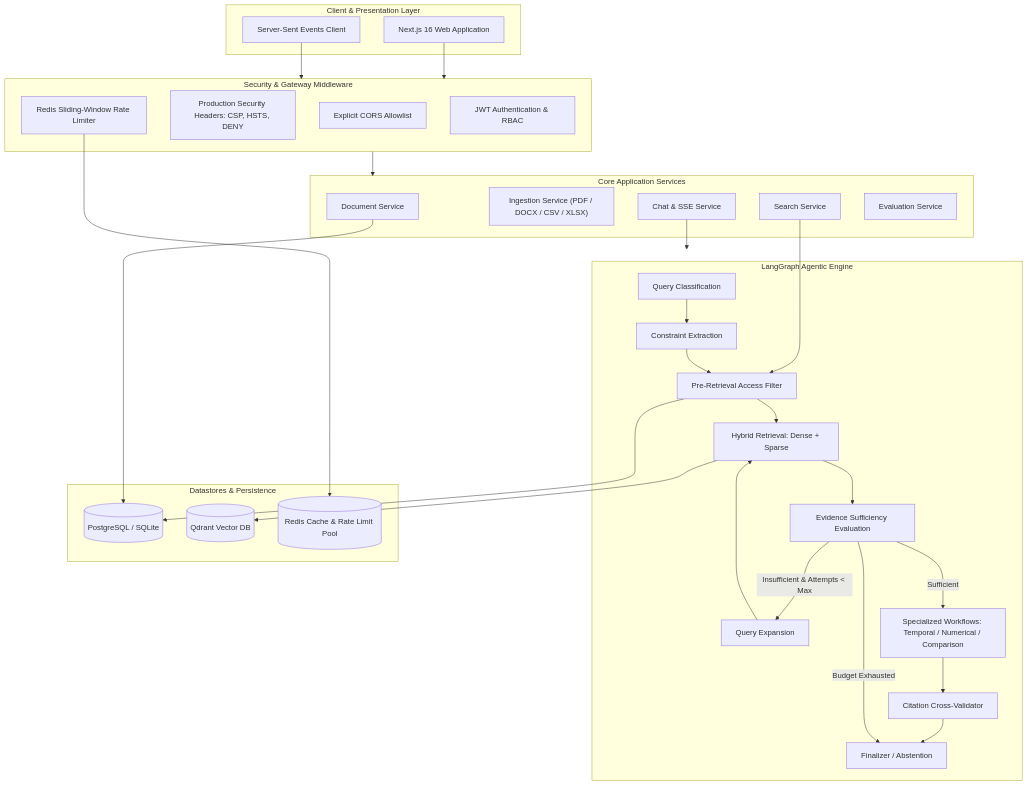
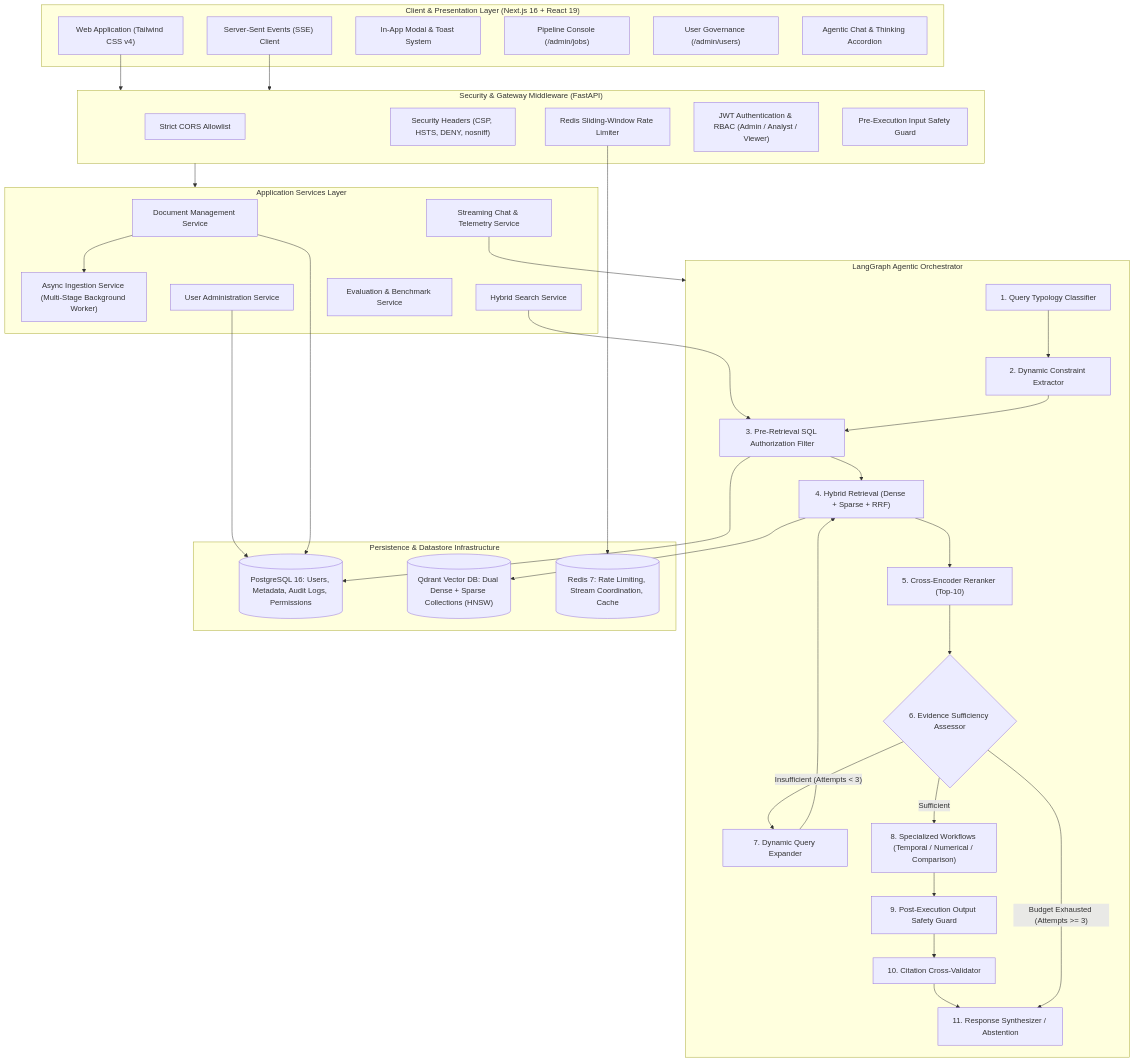
Before and after one commit to ahmadXplore/Enterprise-RAG: the diagram in README.md, drawn with Mermaid. The commit also changed other lines of this file and 65 other files, not shown here.

Commit message:
Add admin, security, and chat enhancements

````diff
--- a/README.md
+++ b/README.md
@@ -120,57 +179,67 @@
 ```mermaid
 flowchart TD
-    subgraph Client ["Client & Presentation Layer"]
-        WebUI["Next.js 16 Web Application"]
-        SSEStream["Server-Sent Events Client"]
+    subgraph ClientLayer ["Client & Presentation Layer (Next.js 16 + React 19)"]
+        WebUI["Web Application (Tailwind CSS v4)"]
+        SSEStream["Server-Sent Events (SSE) Client"]
+        ModalSys["In-App Modal & Toast System"]
+        AdminJobs["Pipeline Console (/admin/jobs)"]
+        AdminUsers["User Governance (/admin/users)"]
+        ChatUI["Agentic Chat & Thinking Accordion"]
     end
 
-    subgraph SecurityGateway ["Security & Gateway Middleware"]
-        CORS["Explicit CORS Allowlist"]
-        SecHeaders["Production Security Headers: CSP, HSTS, DENY"]
-        RateLimit["Redis Sliding-Window Rate Limiter"]
-        AuthGuard["JWT Authentication & RBAC"]
+    subgraph SecurityGateway ["Security & Gateway Middleware (FastAPI)"]
+        CORS["Strict CORS Allowlist"]
+        SecHeaders["Security Headers (CSP, HSTS, DENY, nosniff)"]
+        RateLimiter["Redis Sliding-Window Rate Limiter"]
+        AuthGuard["JWT Authentication & RBAC (Admin / Analyst / Viewer)"]
+        InputGuard["Pre-Execution Input Safety Guard"]
     end
 
-    subgraph AppServices ["Core Application Services"]
-        DocService["Document Service"]
-        IngestService["Ingestion Service (PDF / DOCX / CSV / XLSX)"]
-        SearchService["Search Service"]
-        ChatService["Chat & SSE Service"]
-        EvalService["Evaluation Service"]
+    subgraph AppServices ["Application Services Layer"]
+        DocService["Document Management Service"]
+        IngestService["Async Ingestion Service (Multi-Stage Background Worker)"]
+        UserService["User Administration Service"]
+        SearchService["Hybrid Search Service"]
+        ChatService["Streaming Chat & Telemetry Service"]
+        EvalService["Evaluation & Benchmark Service"]
     end
 
-    subgraph AgenticEngine ["LangGraph Agentic Engine"]
-        Classifier["Query Classification"]
-        Extractor["Constraint Extraction"]
-        AccessFilter["Pre-Retrieval Access Filter"]
-        HybridRetriever["Hybrid Retrieval: Dense + Sparse"]
-        Assessor["Evidence Sufficiency Evaluation"]
-        Expander["Query Expansion"]
-        Workflows["Specialized Workflows: Temporal / Numerical / Comparison"]
-        CitationValidator["Citation Cross-Validator"]
-        Finalizer["Finalizer / Abstention"]
+    subgraph AgenticEngine ["LangGraph Agentic Orchestrator"]
+        Classifier["1. Query Typology Classifier"]
+        Extractor["2. Dynamic Constraint Extractor"]
+        AccessFilter["3. Pre-Retrieval SQL Authorization Filter"]
+        HybridRetriever["4. Hybrid Retrieval (Dense + Sparse + RRF)"]
+        Reranker["5. Cross-Encoder Reranker (Top-10)"]
+        Assessor{"6. Evidence Sufficiency Assessor"}
+        Expander["7. Dynamic Query Expander"]
+        Workflows["8. Specialized Workflows (Temporal / Numerical / Comparison)"]
+        OutputGuard["9. Post-Execution Output Safety Guard"]
+        CitationValidator["10. Citation Cross-Validator"]
+        Finalizer["11. Response Synthesizer / Abstention"]
     end
 
-    subgraph Storage ["Datastores & Persistence"]
-        DB[("PostgreSQL / SQLite")]
-        Qdrant[("Qdrant Vector DB")]
-        Redis[("Redis Cache & Rate Limit Pool")]
+    subgraph StorageLayer ["Persistence & Datastore Infrastructure"]
+        Postgres[("PostgreSQL 16: Users, Metadata, Audit Logs, Permissions")]
+        Qdrant[("Qdrant Vector DB: Dual Dense + Sparse Collections (HNSW)")]
+        Redis[("Redis 7: Rate Limiting, Stream Coordination, Cache")]
     end
 
     WebUI --> SecurityGateway
     SSEStream --> SecurityGateway
     SecurityGateway --> AppServices
 
     SearchService --> AccessFilter
     ChatService --> AgenticEngine
+    DocService --> IngestService
+    UserService --> Postgres
 
-    AccessFilter --> DB
+    AccessFilter --> Postgres
     HybridRetriever --> Qdrant
-    RateLimit --> Redis
-    DocService --> DB
+    RateLimiter --> Redis
+    DocService --> Postgres
 
-    Classifier --> Extractor --> AccessFilter --> HybridRetriever --> Assessor
-    Assessor -->|"Insufficient & Attempts < Max"| Expander --> HybridRetriever
-    Assessor -->|"Sufficient"| Workflows --> CitationValidator --> Finalizer
-    Assessor -->|"Budget Exhausted"| Finalizer
+    Classifier --> Extractor --> AccessFilter --> HybridRetriever --> Reranker --> Assessor
+    Assessor -->|"Insufficient (Attempts < 3)"| Expander --> HybridRetriever
+    Assessor -->|"Sufficient"| Workflows --> OutputGuard --> CitationValidator --> Finalizer
+    Assessor -->|"Budget Exhausted (Attempts >= 3)"| Finalizer
 ```
````
